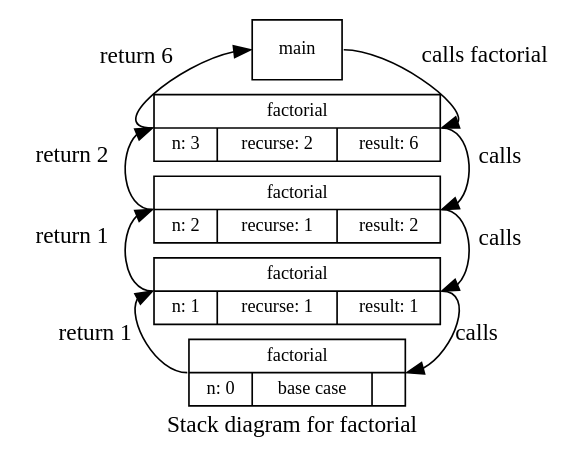
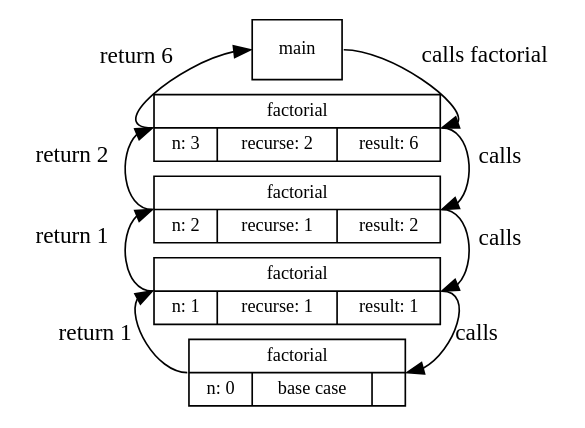
Before and after one commit to DaveParillo/cisc192-reader: the diagram in src/chapter6/recursion-more.rst, drawn with Graphviz. The commit also changed other lines of this file and 20 other files, not shown here.

```diff
--- a/src/chapter6/recursion-more.rst
+++ b/src/chapter6/recursion-more.rst
@@ -132,28 +132,28 @@
 .. digraph:: factorial
+   :name: fig_factorial_stack
+   :caption: Stack diagram for factorial
+   :alt: stack diagram showing recursive factorial calls and results
    :align: center
-   :alt: Stack diagram for factorial
 
    fontname = "Bitstream Vera Sans"
-   label="Stack diagram for factorial"
-   labelloc=bottom
    ranksep=0.1
    nodesep=0.1
 
    node [
       fontname = "Bitstream Vera Sans"
       fontsize = 11
       shape=record
       fillcolor=lightblue
    ]
 
    n0 [label="{ factorial| {n: 0 |base case | }}"]
    n1 [label="{ factorial| {n: 1 |recurse: 1 |result: 1}}"]
    n2 [label="{ factorial| {n: 2 |recurse: 1 |result: 2}}"]
    n3 [label="{ factorial| {n: 3 |recurse: 2 |result: 6}}"]
    
    n1:w -> n0:w [xlabel="return 1 ", dir="back"]
    n2:w -> n1:w [xlabel="return 1 ", dir="back"]
    n3:w -> n2:w [xlabel="return 2 ", dir="back"]
    main:w -> n3:w [xlabel="return 6 ", dir="back"]
    main:e -> n3:e [xlabel="calls factorial"]
    n3:e -> n2:e -> n1:e -> n0:e [xlabel=" calls"]
```
